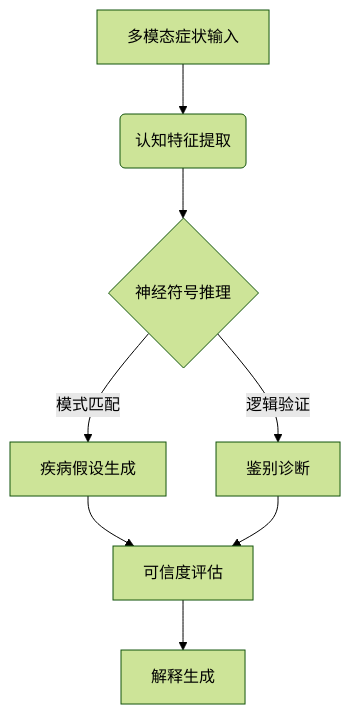
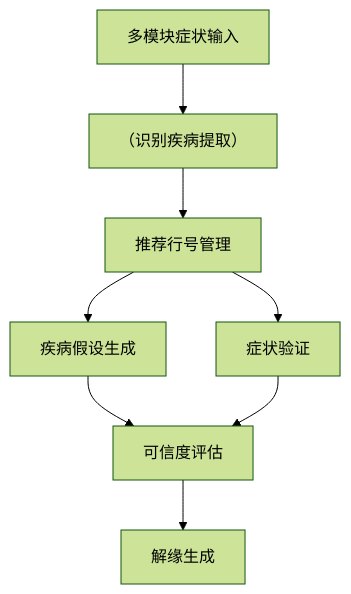
One commit to hyperter96/tech-blog changed the diagram in docs/posts/ai/cognition-design.md. Above: the diagram before and after it, drawn with Mermaid (forest theme). The commit also changed 10 other files, not shown here.

````diff
--- a/docs/posts/ai/cognition-design.md
+++ b/docs/posts/ai/cognition-design.md
@@ -104,10 +104,10 @@
 ```mermaid
 graph TD
-    A[多模态症状输入] --> B(认知特征提取)
-    B --> C{神经符号推理}
-    C -->|模式匹配| D[疾病假设生成]
-    C -->|逻辑验证| E[鉴别诊断]
-    D --> F[可信度评估]
-    E --> F
-    F --> G[解释生成]
+  A[多模块症状输入] --> B[（识别疾病提取）]
+  B --> C[推荐行号管理]
+  C --> D[疾病假设生成]
+  C --> E[症状验证]
+  D --> F[可信度评估]
+  E --> F
+  F --> G[解缘生成]
 ```
````
